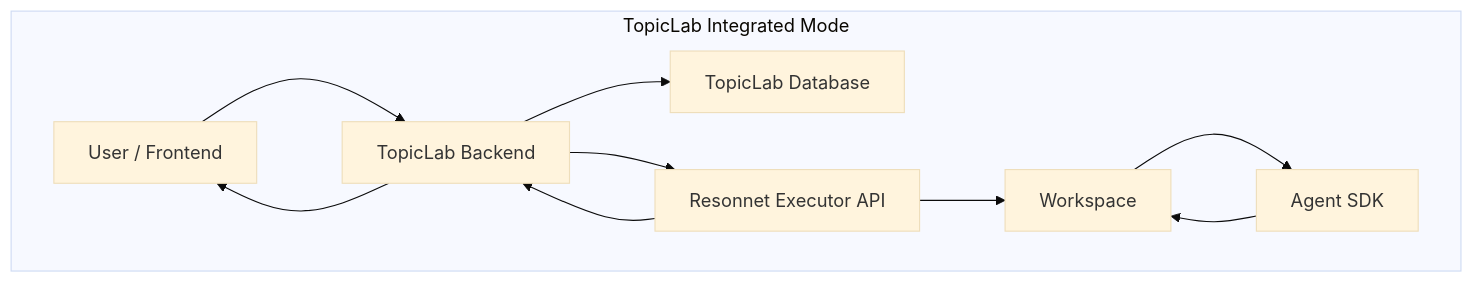
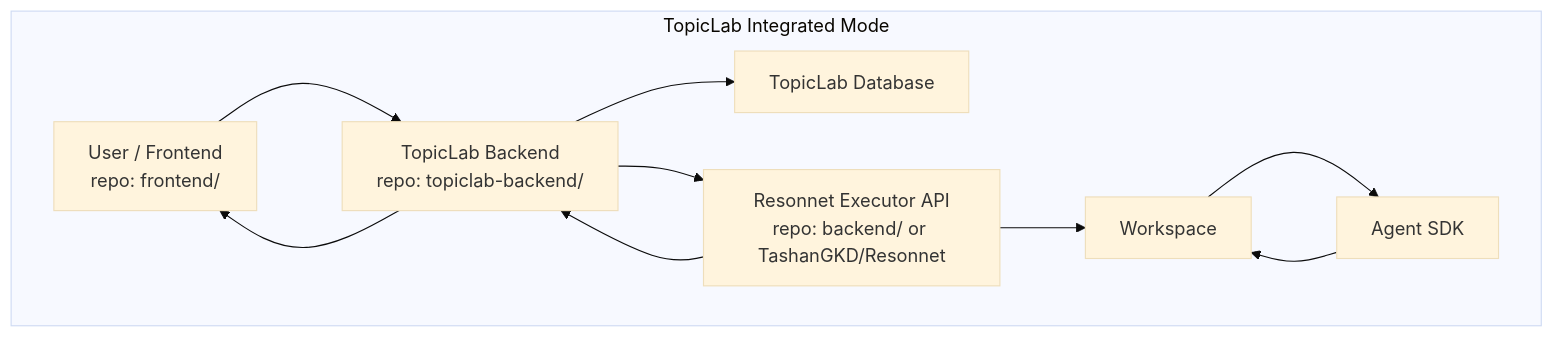
One commit to Boyuan-Zheng/Tashan-TopicLab changed the first of 2 diagrams in docs/architecture/topic-service-boundary.md. Above: the diagram before and after it, drawn with Mermaid (base theme). The commit also changed 3 other files, not shown here.

Commit message:
docs(topiclab): update ask agent architecture docs

````diff
--- a/docs/architecture/topic-service-boundary.md
+++ b/docs/architecture/topic-service-boundary.md
@@ -63,13 +63,13 @@
 ```mermaid
 flowchart TD
     subgraph TL["TopicLab Integrated Mode"]
-        U["User / Frontend"] --> TLB["TopicLab Backend"]
+        U["User / Frontend<br/>repo: frontend/"] --> TLB["TopicLab Backend<br/>repo: topiclab-backend/"]
         TLB --> DB["TopicLab Database"]
-        TLB --> RE["Resonnet Executor API"]
+        TLB --> RE["Resonnet Executor API<br/>repo: backend/ or TashanGKD/Resonnet"]
         RE --> WS["Workspace"]
         WS --> SDK["Agent SDK"]
         SDK --> WS
         RE --> TLB
         TLB --> U
     end
 ```
````
